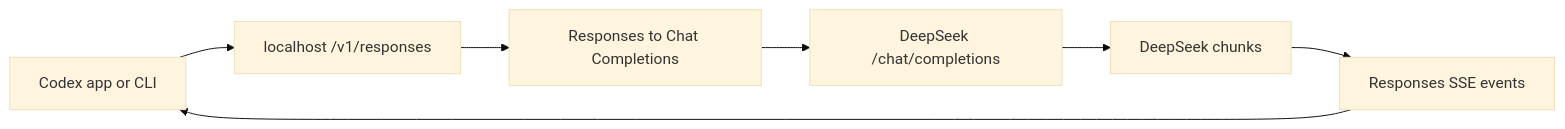
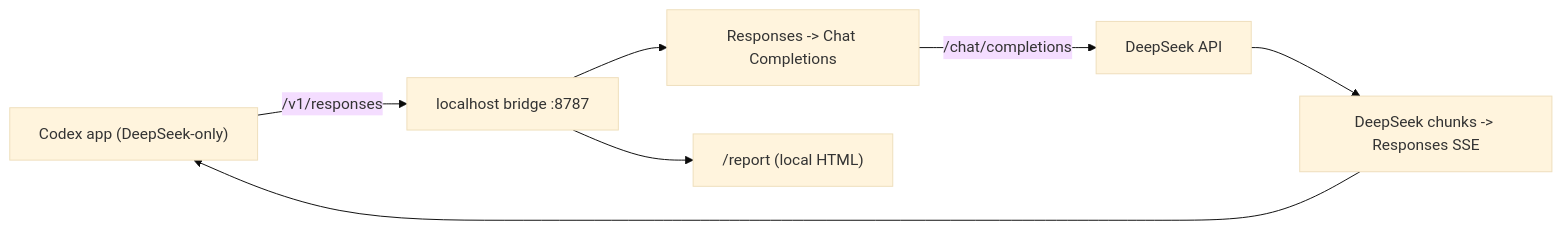
Before and after one commit to JetXu-LLM/codex-deepseek-bridge: the diagram in docs/architecture.md, drawn with Mermaid (base theme). The commit also changed other lines of this file and 34 other files, not shown here.

First line of the commit message:
Rebuild as a single DeepSeek-only Codex bridge

````diff
--- a/docs/architecture.md
+++ b/docs/architecture.md
@@ -15,9 +21,9 @@
 ```mermaid
 flowchart LR
-  Codex["Codex app or CLI"] --> Bridge["localhost /v1/responses"]
-  Bridge --> Translator["Responses to Chat Completions"]
-  Translator --> DeepSeek["DeepSeek /chat/completions"]
-  DeepSeek --> Stream["DeepSeek chunks"]
-  Stream --> Events["Responses SSE events"]
-  Events --> Codex
+  App["Codex app (DeepSeek-only)"] -->|/v1/responses| Bridge["localhost bridge :8787"]
+  Bridge --> Tr["Responses -> Chat Completions"]
+  Tr -->|/chat/completions| DS["DeepSeek API"]
+  DS --> Ev["DeepSeek chunks -> Responses SSE"]
+  Ev --> App
+  Bridge --> Report["/report (local HTML)"]
 ```
````
